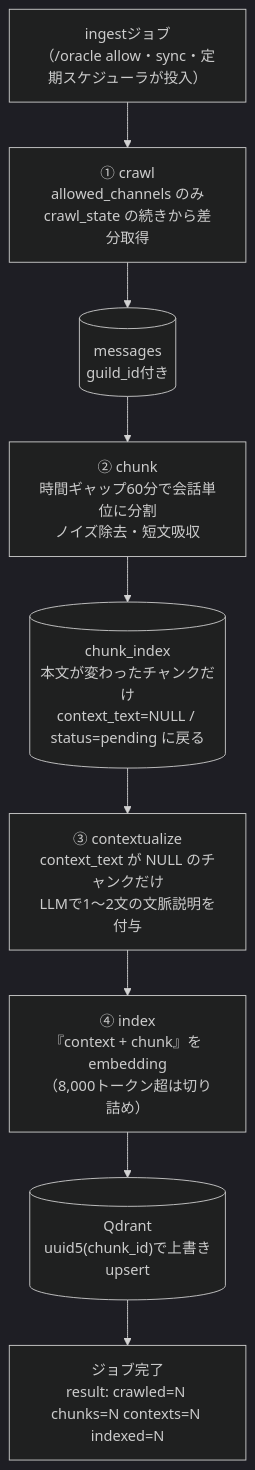
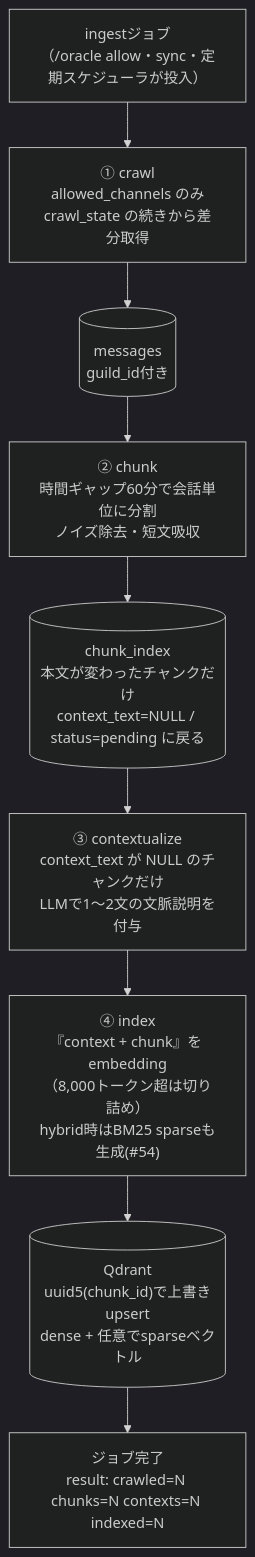
The third of 4 diagrams in docs/DIAGRAMS.md (aigamoid/remember), drawn with Mermaid (dark theme) before and after one commit. The commit also changed other lines of this file, not shown here.

First line of the commit message:
docs(diagrams): 回答図をDeepSeek V3.2へ・hybrid/recency等反映＋remember表記

````diff
--- a/docs/DIAGRAMS.md
+++ b/docs/DIAGRAMS.md
@@ -82,12 +83,12 @@
 ```mermaid
 flowchart TB
     JOB["ingestジョブ<br>（/oracle allow・sync・定期スケジューラが投入）"]
     JOB --> CRAWL["① crawl<br>allowed_channels のみ<br>crawl_state の続きから差分取得"]
     CRAWL --> MSG[("messages<br>guild_id付き")]
     MSG --> CHUNK["② chunk<br>時間ギャップ60分で会話単位に分割<br>ノイズ除去・短文吸収"]
     CHUNK --> CI[("chunk_index<br>本文が変わったチャンクだけ<br>context_text=NULL / status=pending に戻る")]
     CI --> CTX["③ contextualize<br>context_text が NULL のチャンクだけ<br>LLMで1〜2文の文脈説明を付与"]
-    CTX --> EMB["④ index<br>『context + chunk』を embedding<br>（8,000トークン超は切り詰め）"]
-    EMB --> QD[("Qdrant<br>uuid5(chunk_id)で上書きupsert")]
+    CTX --> EMB["④ index<br>『context + chunk』を embedding<br>（8,000トークン超は切り詰め）<br>hybrid時はBM25 sparseも生成(#54)"]
+    EMB --> QD[("Qdrant<br>uuid5(chunk_id)で上書きupsert<br>dense + 任意でsparseベクトル")]
     QD --> DONE["ジョブ完了<br>result: crawled=N chunks=N contexts=N indexed=N"]
 ```
````
